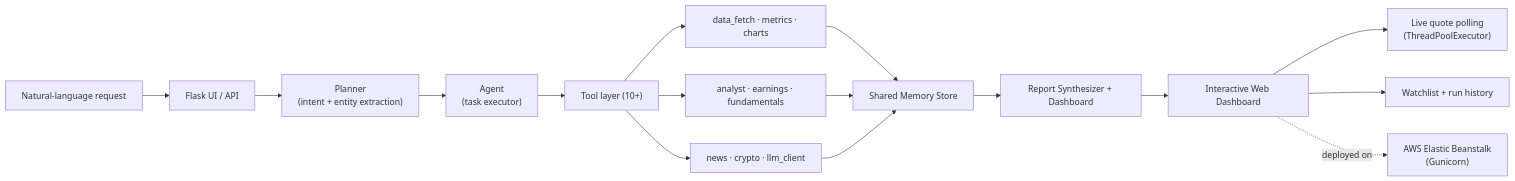
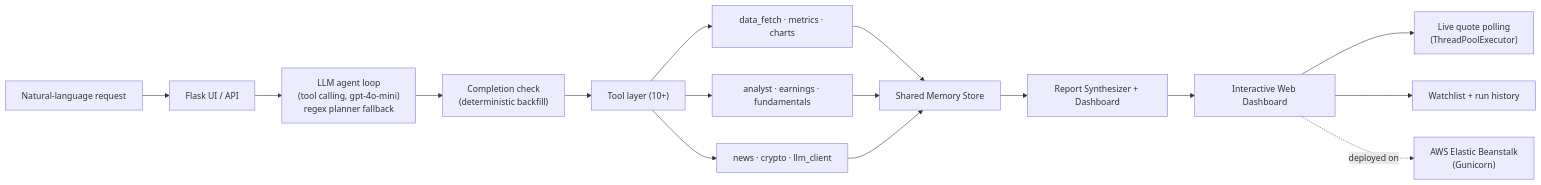
The diagram in README.md (TheAliAmir28/finance-agent-workflow), drawn with Mermaid before and after one commit. The commit also changed other lines of this file and 4 other files, not shown here.

First line of the commit message:
Tune tool budget, exempt finish, and document agent architecture

````diff
--- a/README.md
+++ b/README.md
@@ -58,18 +58,18 @@
 ```mermaid
 flowchart LR
     A["Natural-language request"] --> B["Flask UI / API"]
-    B --> C["Planner<br/>(intent + entity extraction)"]
-    C --> D["Agent<br/>(task executor)"]
+    B --> C["LLM agent loop<br/>(tool calling, gpt-4o-mini)<br/>regex planner fallback"]
+    C --> D["Completion check<br/>(deterministic backfill)"]
     D --> E["Tool layer (10+)"]
     E --> E1["data_fetch · metrics · charts"]
     E --> E2["analyst · earnings · fundamentals"]
     E --> E3["news · crypto · llm_client"]
     E1 --> F["Shared Memory Store"]
     E2 --> F
     E3 --> F
     F --> G["Report Synthesizer + Dashboard"]
     G --> H["Interactive Web Dashboard"]
     H --> I["Live quote polling<br/>(ThreadPoolExecutor)"]
     H --> J["Watchlist + run history"]
     H -. deployed on .-> K["AWS Elastic Beanstalk<br/>(Gunicorn)"]
 ```
````
